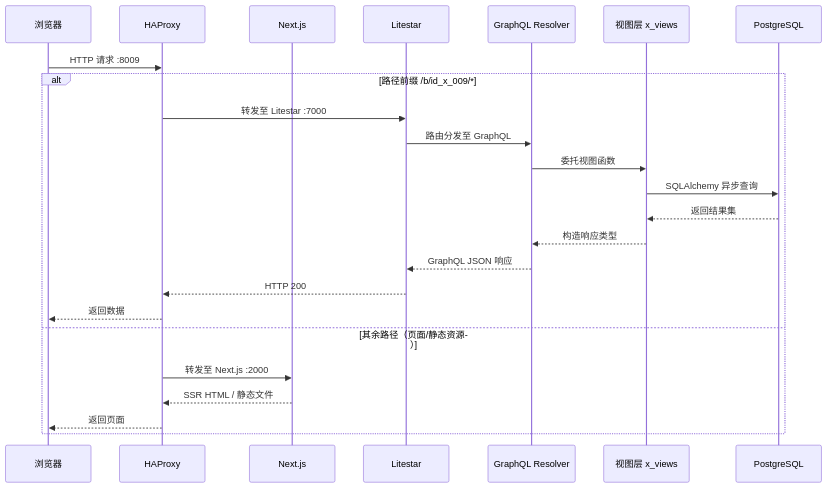
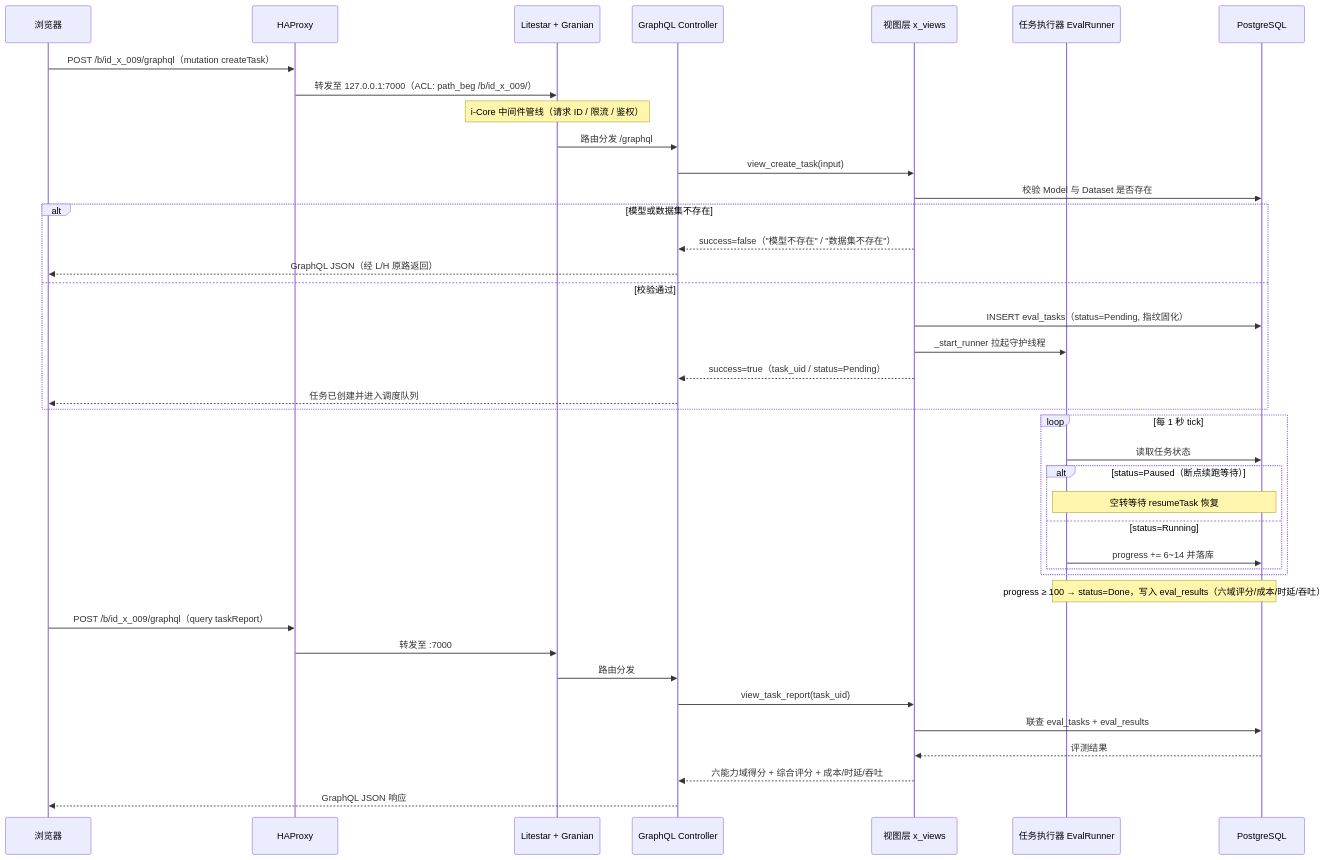
The second of 2 diagrams in README.md (i-TorchLabs/id_x_009), drawn with Mermaid before and after one commit. The commit also changed other lines of this file and 1 other file, not shown here.

````diff
--- a/README.md
+++ b/README.md
@@ -97,27 +105,45 @@
 ```mermaid
 sequenceDiagram
     participant B as 浏览器
     participant H as HAProxy
-    participant N as Next.js
-    participant L as Litestar
-    participant G as GraphQL Resolver
+    participant L as Litestar + Granian
+    participant G as GraphQL Controller
     participant V as 视图层 x_views
+    participant R as 任务执行器 EvalRunner
     participant D as PostgreSQL
 
-    B->>H: HTTP 请求 :8009
-    alt 路径前缀 /b/id_x_009/*
-        H->>L: 转发至 Litestar :7000
-        L->>G: 路由分发至 GraphQL
-        G->>V: 委托视图函数
-        V->>D: SQLAlchemy 异步查询
-        D-->>V: 返回结果集
-        V-->>G: 构造响应类型
-        G-->>L: GraphQL JSON 响应
-        L-->>H: HTTP 200
-        H-->>B: 返回数据
-    else 其余路径（页面/静态资源）
-        H->>N: 转发至 Next.js :2000
-        N-->>H: SSR HTML / 静态文件
-        H-->>B: 返回页面
+    B->>H: POST /b/id_x_009/graphql（mutation createTask）
+    H->>L: 转发至 127.0.0.1:7000（ACL: path_beg /b/id_x_009/）
+    Note over L: i-Core 中间件管线（请求 ID / 限流 / 鉴权）
+    L->>G: 路由分发 /graphql
+    G->>V: view_create_task(input)
+    V->>D: 校验 Model 与 Dataset 是否存在
+    alt 模型或数据集不存在
+        V-->>G: success=false（"模型不存在" / "数据集不存在"）
+        G-->>B: GraphQL JSON（经 L/H 原路返回）
+    else 校验通过
+        V->>D: INSERT eval_tasks（status=Pending, 指纹固化）
+        V->>R: _start_runner 拉起守护线程
+        V-->>G: success=true（task_uid / status=Pending）
+        G-->>B: 任务已创建并进入调度队列
     end
+
+    loop 每 1 秒 tick
+        R->>D: 读取任务状态
+        alt status=Paused（断点续跑等待）
+            Note over R,D: 空转等待 resumeTask 恢复
+        else status=Running
+            R->>D: progress += 6~14 并落库
+        end
+    end
+    Note over R,D: progress ≥ 100 → status=Done，写入 eval_results（六域评分/成本/时延/吞吐）
+
+    B->>H: POST /b/id_x_009/graphql（query taskReport）
+    H->>L: 转发至 :7000
+    L->>G: 路由分发
+    G->>V: view_task_report(task_uid)
+    V->>D: 联查 eval_tasks + eval_results
+    D-->>V: 评测结果
+    V-->>G: 六能力域得分 + 综合评分 + 成本/时延/吞吐
+    G-->>B: GraphQL JSON 响应
 ```
````
